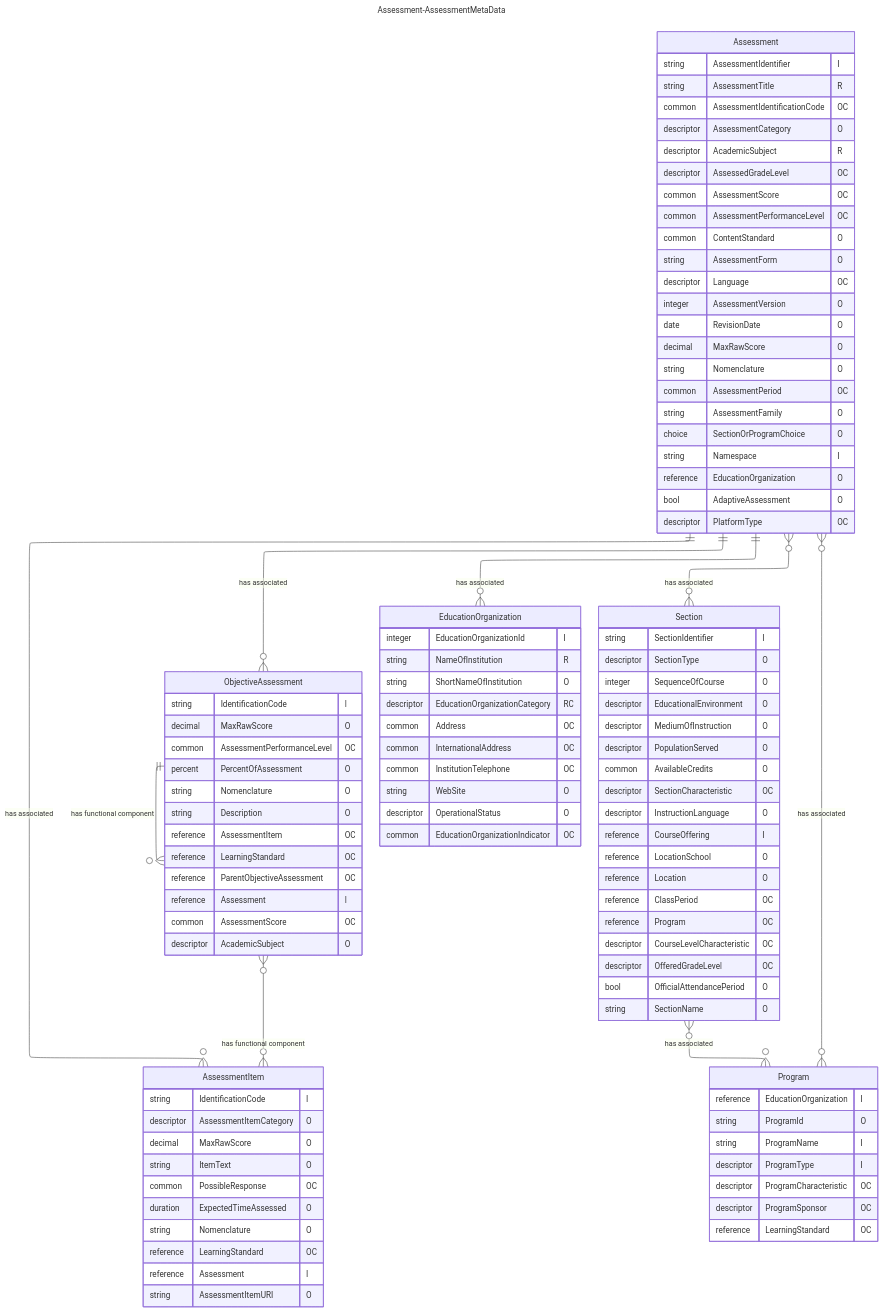
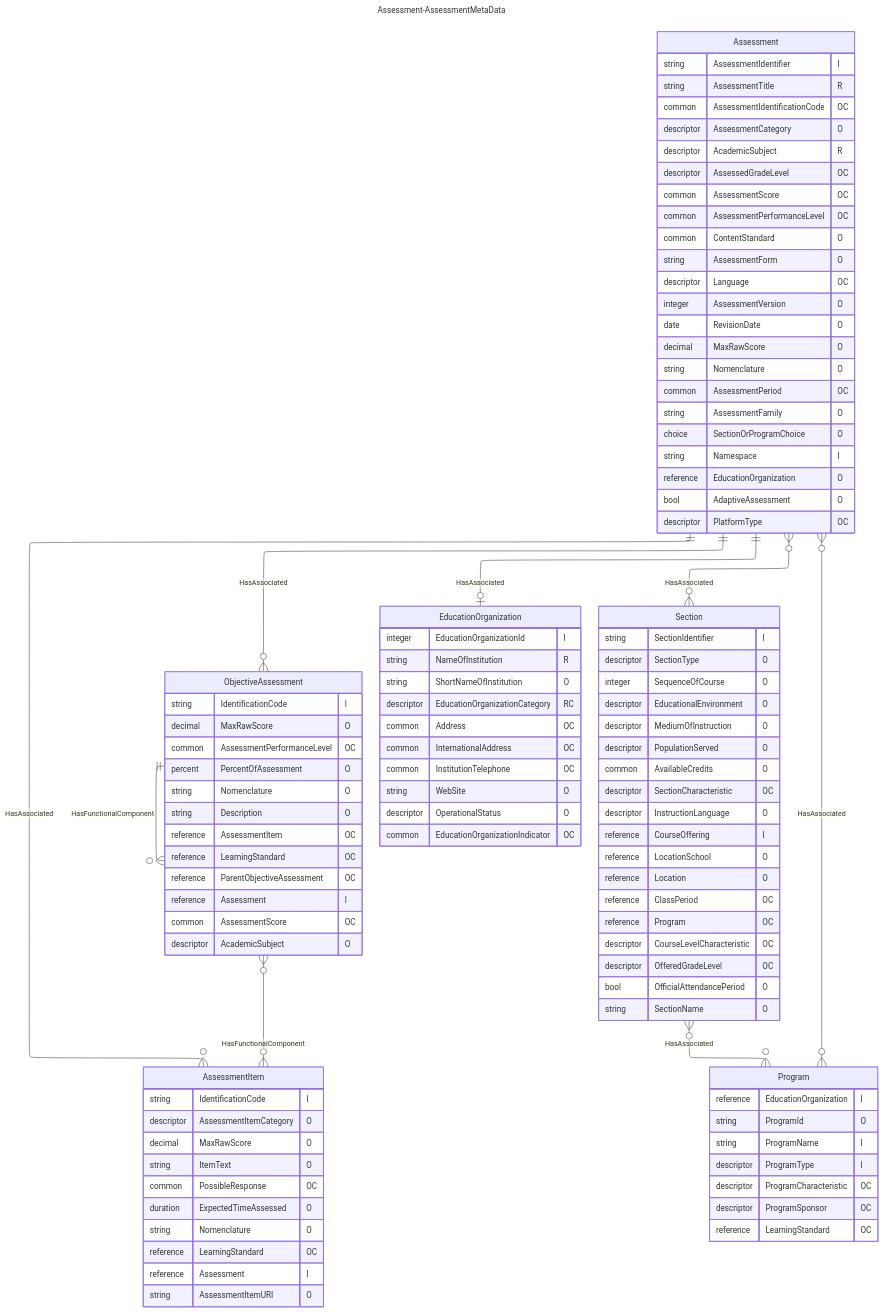
Before and after one commit to Ed-Fi-Alliance-OSS/Ed-Fi-Data-Standard: the diagram in Models/Models/Assessment-AssessmentMetaData.mmd, drawn with Mermaid. The commit also changed 6 other files, not shown here.

```diff
--- a/Models/Models/Assessment-AssessmentMetaData.mmd
+++ b/Models/Models/Assessment-AssessmentMetaData.mmd
@@ -1,105 +1,105 @@
 ---
 title: Assessment-AssessmentMetaData
 config:
   layout: elk
 ---
 erDiagram
     Assessment {
         string AssessmentIdentifier "I"
         string AssessmentTitle "R"
         common AssessmentIdentificationCode "OC"
         descriptor AssessmentCategory "O"
         descriptor AcademicSubject "R"
         descriptor AssessedGradeLevel "OC"
         common AssessmentScore "OC"
         common AssessmentPerformanceLevel "OC"
         common ContentStandard "O"
         string AssessmentForm "O"
         descriptor Language "OC"
         integer AssessmentVersion "O"
         date RevisionDate "O"
         decimal MaxRawScore "O"
         string Nomenclature "O"
         common AssessmentPeriod "OC"
         string AssessmentFamily "O"
         choice SectionOrProgramChoice "O"
         string Namespace "I"
         reference EducationOrganization "O"
         bool AdaptiveAssessment "O"
         descriptor PlatformType "OC"
     }
     ObjectiveAssessment {
         string IdentificationCode "I"
         decimal MaxRawScore "O"
         common AssessmentPerformanceLevel "OC"
         percent PercentOfAssessment "O"
         string Nomenclature "O"
         string Description "O"
         reference AssessmentItem "OC"
         reference LearningStandard "OC"
         reference ParentObjectiveAssessment "OC"
         reference Assessment "I"
         common AssessmentScore "OC"
         descriptor AcademicSubject "O"
     }
     AssessmentItem {
         string IdentificationCode "I"
         descriptor AssessmentItemCategory "O"
         decimal MaxRawScore "O"
         string ItemText "O"
         common PossibleResponse "OC"
         duration ExpectedTimeAssessed "O"
         string Nomenclature "O"
         reference LearningStandard "OC"
         reference Assessment "I"
         string AssessmentItemURI "O"
     }
     EducationOrganization {
         integer EducationOrganizationId "I"
         string NameOfInstitution "R"
         string ShortNameOfInstitution "O"
         descriptor EducationOrganizationCategory "RC"
         common Address "OC"
         common InternationalAddress "OC"
         common InstitutionTelephone "OC"
         string WebSite "O"
         descriptor OperationalStatus "O"
         common EducationOrganizationIndicator "OC"
     }
     Section {
         string SectionIdentifier "I"
         descriptor SectionType "O"
         integer SequenceOfCourse "O"
         descriptor EducationalEnvironment "O"
         descriptor MediumOfInstruction "O"
         descriptor PopulationServed "O"
         common AvailableCredits "O"
         descriptor SectionCharacteristic "OC"
         descriptor InstructionLanguage "O"
         reference CourseOffering "I"
         reference LocationSchool "O"
         reference Location "O"
         reference ClassPeriod "OC"
         reference Program "OC"
         descriptor CourseLevelCharacteristic "OC"
         descriptor OfferedGradeLevel "OC"
         bool OfficialAttendancePeriod "O"
         string SectionName "O"
     }
     Program {
         reference EducationOrganization "I"
         string ProgramId "O"
         string ProgramName "I"
         descriptor ProgramType "I"
         descriptor ProgramCharacteristic "OC"
         descriptor ProgramSponsor "OC"
         reference LearningStandard "OC"
     }
-    ObjectiveAssessment ||--o{ ObjectiveAssessment : "has functional component"
-    ObjectiveAssessment }o--o{ AssessmentItem : "has functional component"
-    Assessment ||--o{ ObjectiveAssessment : "has associated"
-    Assessment ||--o{ AssessmentItem : "has associated"
-    Assessment ||--o{ EducationOrganization : "has associated"
-    Assessment }o--o{ Section : "has associated"
-    Assessment }o--o{ Program : "has associated"
-    Section }o--o{ Program : "has associated"
+    ObjectiveAssessment ||--o{ ObjectiveAssessment : "HasFunctionalComponent"
+    ObjectiveAssessment }o--o{ AssessmentItem : "HasFunctionalComponent"
+    Assessment ||--o{ ObjectiveAssessment : "HasAssociated"
+    Assessment ||--o{ AssessmentItem : "HasAssociated"
+    Assessment ||--o| EducationOrganization : "HasAssociated"
+    Assessment }o--o{ Section : "HasAssociated"
+    Assessment }o--o{ Program : "HasAssociated"
+    Section }o--o{ Program : "HasAssociated"
```
